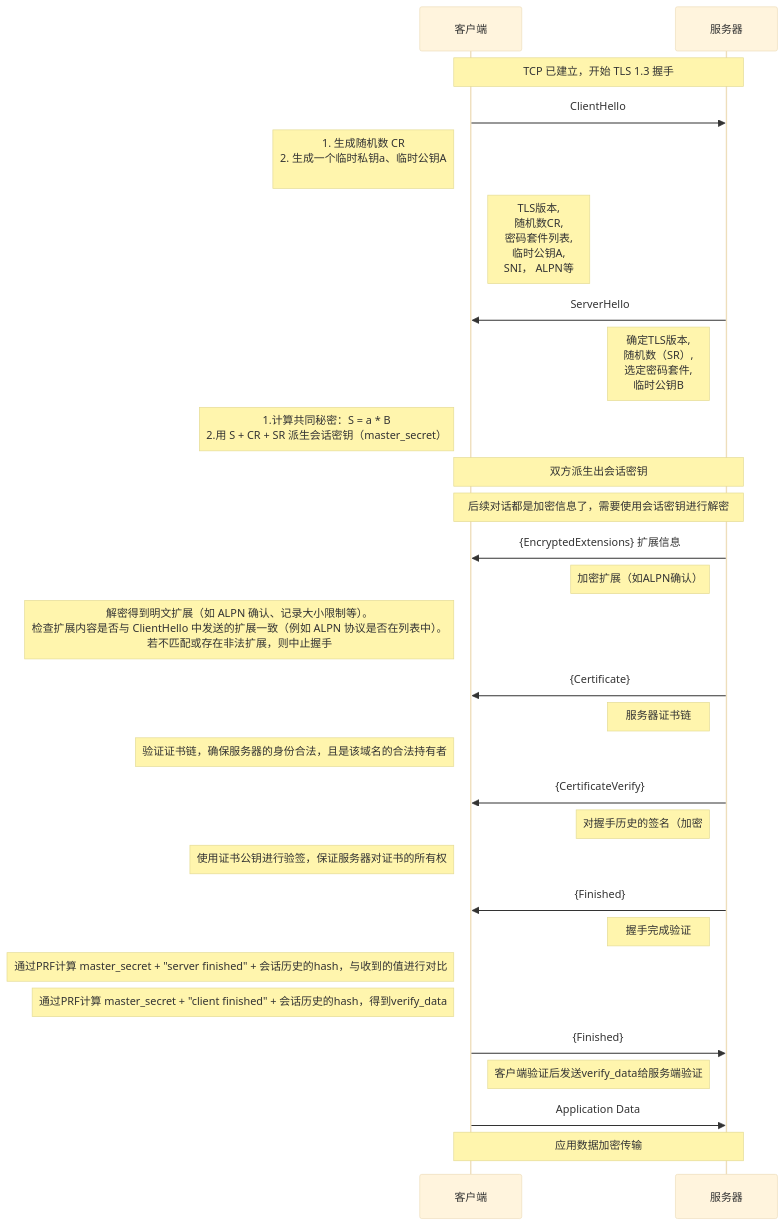
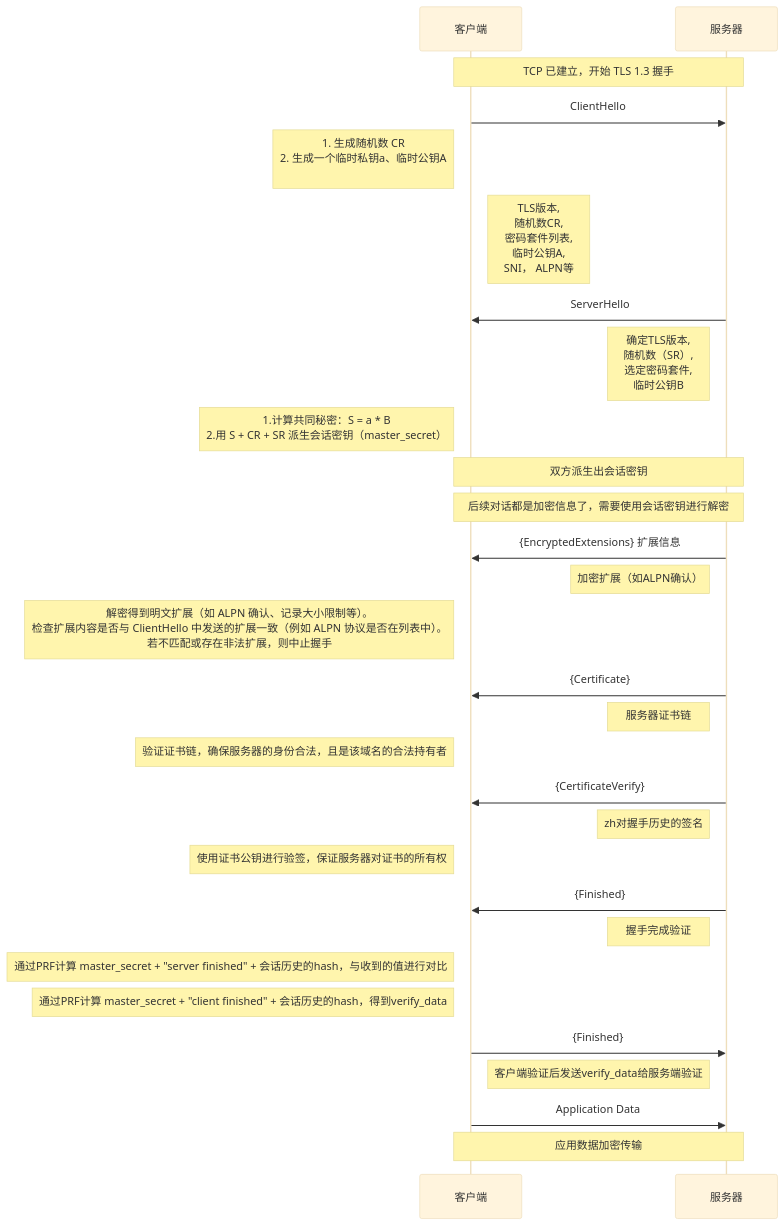
The diagram in all/TLS-1.3-通用.md (HY-10-8/iodraw-files), drawn with Mermaid (base theme) before and after one commit.

Commit message:
2026-03-31 10:15:43 update

````diff
--- a/all/TLS-1.3-通用.md
+++ b/all/TLS-1.3-通用.md
@@ -1,41 +1,41 @@
 ```mermaid
 sequenceDiagram
     participant C as 客户端
     participant S as 服务器
 
     Note over C,S: TCP 已建立，开始 TLS 1.3 握手
 
     C->>S: ClientHello
     Note left of C: 1. 生成随机数 CR<br/> 2. 生成一个临时私钥a、临时公钥A<br/>
     Note right of C: TLS版本,<br/> 随机数CR,<br/> 密码套件列表,<br/> 临时公钥A,<br/> SNI， ALPN等
 
     S->>C: ServerHello
     Note left of S: 确定TLS版本, <br/>随机数（SR）,<br/> 选定密码套件, <br/>临时公钥B
     Note left of C: 1.计算共同秘密：S = a * B<br/> 2.用 S + CR + SR 派生会话密钥（master_secret）
 
     Note over C,S: 双方派生出会话密钥
     Note over C,S: 后续对话都是加密信息了，需要使用会话密钥进行解密
 
     S->>C: {EncryptedExtensions} 扩展信息
     Note left of S: 加密扩展（如ALPN确认）
     Note left of C: 解密得到明文扩展（如 ALPN 确认、记录大小限制等）。<br/>检查扩展内容是否与 ClientHello 中发送的扩展一致（例如 ALPN 协议是否在列表中）。<br/> 若不匹配或存在非法扩展，则中止握手
 
     S->>C: {Certificate}
     Note left of S: 服务器证书链
     Note left of C: 验证证书链，确保服务器的身份合法，且是该域名的合法持有者
 
     S->>C: {CertificateVerify}
-    Note left of S: 对握手历史的签名（加密
+    Note left of S: zh对握手历史的签名
     Note left of C: 使用证书公钥进行验签，保证服务器对证书的所有权
 
     S->>C: {Finished}
     Note left of S: 握手完成验证
     Note left of C: 通过PRF计算 master_secret + "server finished" + 会话历史的hash，与收到的值进行对比
     Note left of C: 通过PRF计算 master_secret + "client finished" + 会话历史的hash，得到verify_data
 
     C->>S: {Finished}
     Note right of C: 客户端验证后发送verify_data给服务端验证
 
     C->>S: Application Data
     Note over C,S: 应用数据加密传输
 ```
````
